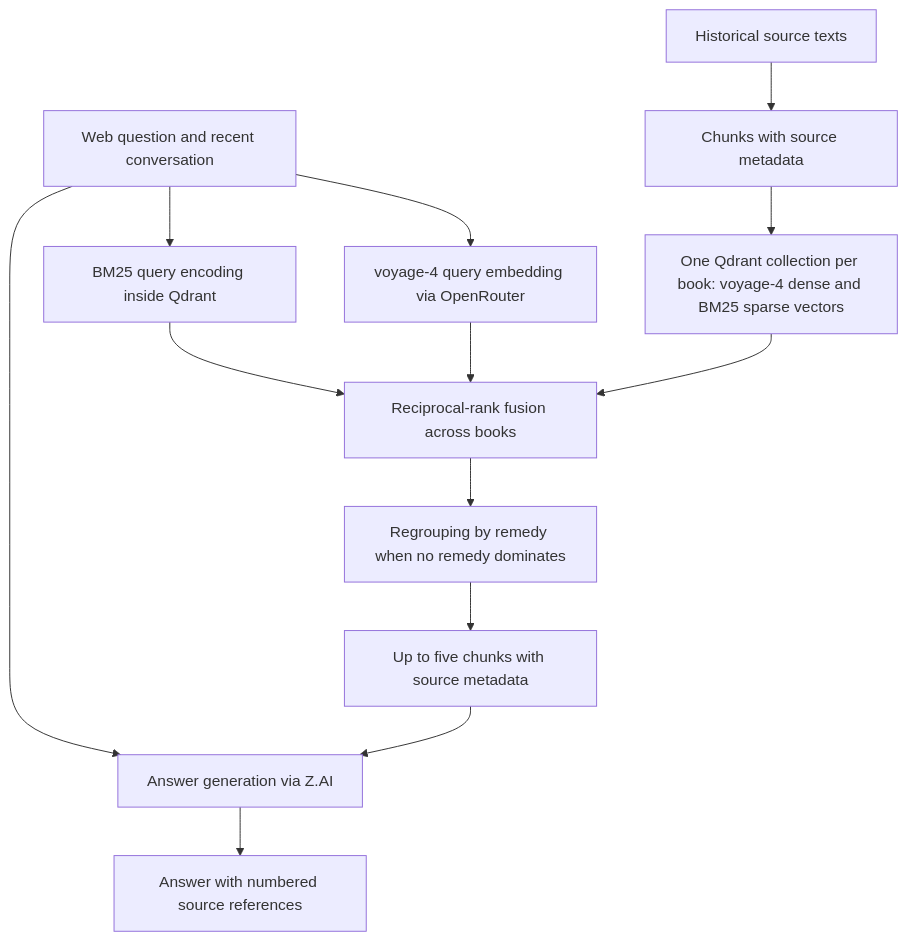
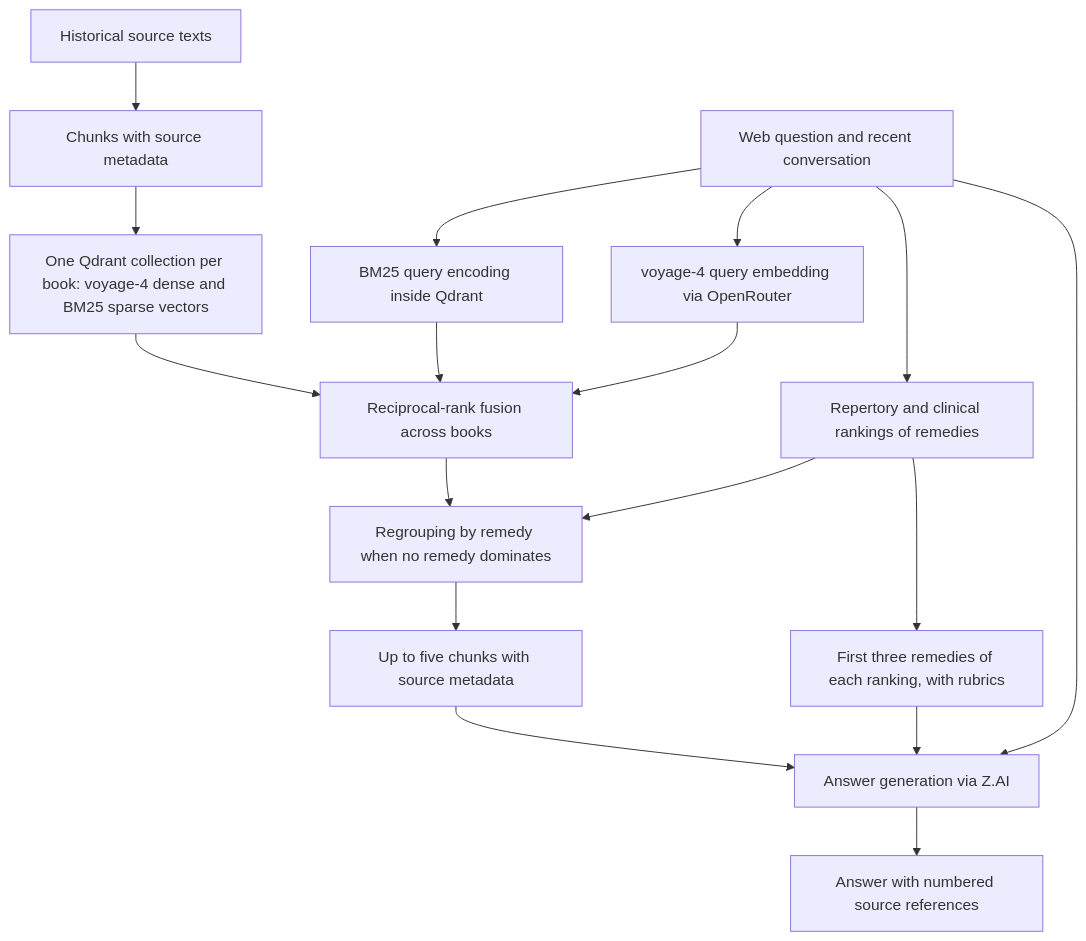
Before and after one commit to rasagyavatsal/HomeoRemedica: the diagram in README.md, drawn with Mermaid. The commit also changed other lines of this file and 9 other files, not shown here.

First line of the commit message:
feat(server): name each ranking's first three remedies and cite the rubrics

````diff
--- a/README.md
+++ b/README.md
@@ -33,15 +37,19 @@
 ```mermaid
 flowchart TD
     A[Historical source texts] --> C[Chunks with source metadata]
     C --> E[One Qdrant collection per book: voyage-4 dense and BM25 sparse vectors]
     Q[Web question and recent conversation] --> K[BM25 query encoding inside Qdrant]
     Q --> V[voyage-4 query embedding via OpenRouter]
     K --> R[Reciprocal-rank fusion across books]
     V --> R
     E --> R
     R --> D[Regrouping by remedy when no remedy dominates]
+    Q --> X[Repertory and clinical rankings of remedies]
+    X --> D
     D --> P[Up to five chunks with source metadata]
+    X --> T[First three remedies of each ranking, with rubrics]
+    T --> G
     Q --> G[Answer generation via Z.AI]
     P --> G
     G --> O[Answer with numbered source references]
 ```
````
